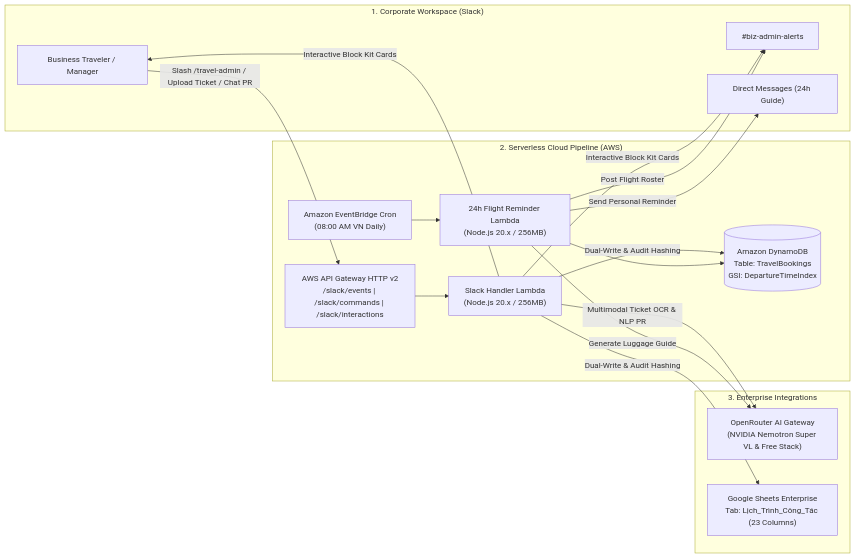
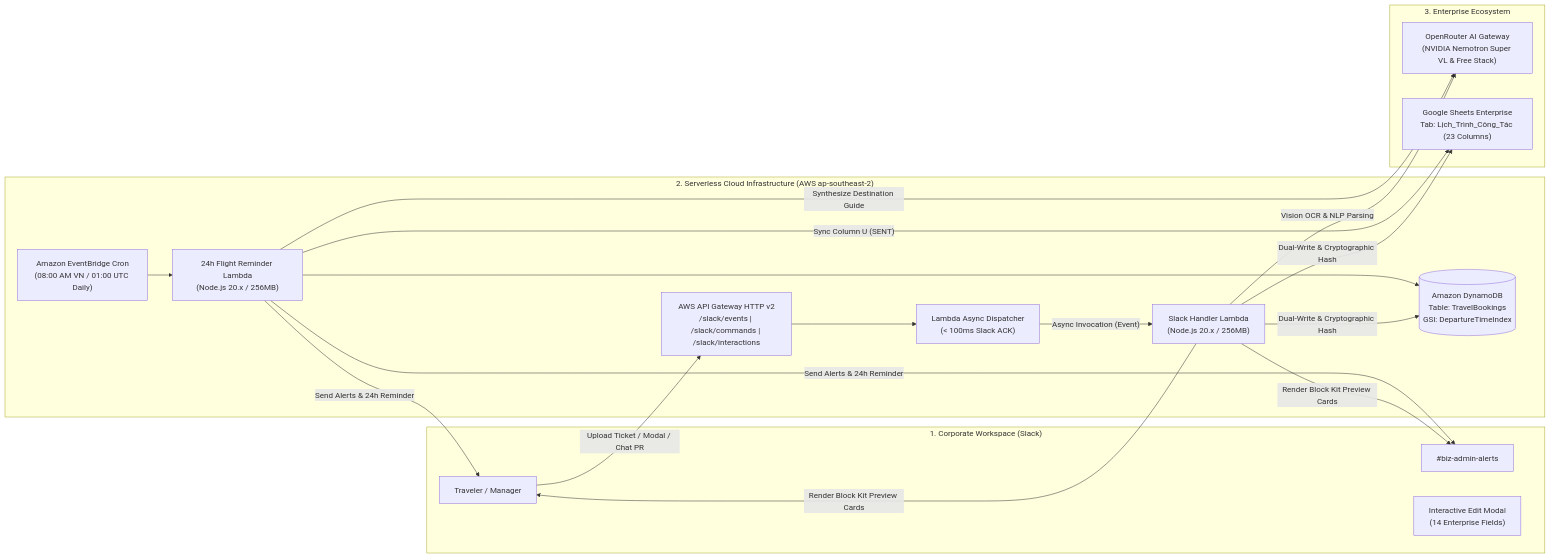
Before and after one commit to HaoTrieuQuoc/Smart-Travel-Assistant: the first of 3 diagrams in README.md, drawn with Mermaid. The commit also changed other lines of this file, not shown here.

Commit message:
docs: restructure README following SBW-Cloudworks standard with Problem, Solution, Workflow, AWS Responsibilities, Security, and Cost sections

````diff
--- a/README.md
+++ b/README.md
@@ -9,32 +16,34 @@
 ```mermaid
 flowchart LR
-    subgraph Slack_Workspace["1. Corporate Workspace (Slack)"]
-        User["Business Traveler / Manager"]
+    subgraph Client_Workspace["1. Corporate Workspace (Slack)"]
+        User["Traveler / Manager"]
         AdminChan["#biz-admin-alerts"]
-        DM["Direct Messages (24h Guide)"]
+        SlackModal["Interactive Edit Modal\n(14 Enterprise Fields)"]
     end
 
-    subgraph AWS_Cloud["2. Serverless Cloud Pipeline (AWS)"]
+    subgraph AWS_Cloud["2. Serverless Cloud Infrastructure (AWS ap-southeast-2)"]
         APIGW["AWS API Gateway HTTP v2\n/slack/events | /slack/commands | /slack/interactions"]
+        AsyncDispatcher["Lambda Async Dispatcher\n(< 100ms Slack ACK)"]
         SlackLambda["Slack Handler Lambda\n(Node.js 20.x / 256MB)"]
         ReminderLambda["24h Flight Reminder Lambda\n(Node.js 20.x / 256MB)"]
-        EventBridge["Amazon EventBridge Cron\n(08:00 AM VN Daily)"]
+        EventBridge["Amazon EventBridge Cron\n(08:00 AM VN / 01:00 UTC Daily)"]
         DDB[("Amazon DynamoDB\nTable: TravelBookings\nGSI: DepartureTimeIndex")]
     end
 
-    subgraph External_Ecosystem["3. Enterprise Integrations"]
+    subgraph External_Ecosystem["3. Enterprise Ecosystem"]
         OpenRouter["OpenRouter AI Gateway\n(NVIDIA Nemotron Super VL & Free Stack)"]
         GSheets["Google Sheets Enterprise\nTab: Lịch_Trình_Công_Tác (23 Columns)"]
     end
 
-    User -- "Slash /travel-admin / Upload Ticket / Chat PR" --> APIGW
-    APIGW --> SlackLambda
-    SlackLambda -- "Multimodal Ticket OCR & NLP PR" --> OpenRouter
-    SlackLambda -- "Dual-Write & Audit Hashing" --> DDB & GSheets
-    SlackLambda -- "Interactive Block Kit Cards" --> User & AdminChan
+    User -- "Upload Ticket / Modal / Chat PR" --> APIGW
+    APIGW --> AsyncDispatcher
+    AsyncDispatcher -- "Async Invocation (Event)" --> SlackLambda
+    SlackLambda -- "Vision OCR & NLP Parsing" --> OpenRouter
+    SlackLambda -- "Dual-Write & Cryptographic Hash" --> DDB & GSheets
+    SlackLambda -- "Render Block Kit Preview Cards" --> User & AdminChan
     EventBridge --> ReminderLambda
     ReminderLambda --> DDB
-    ReminderLambda -- "Generate Luggage Guide" --> OpenRouter
-    ReminderLambda -- "Send Personal Reminder" --> DM
-    ReminderLambda -- "Post Flight Roster" --> AdminChan
+    ReminderLambda -- "Synthesize Destination Guide" --> OpenRouter
+    ReminderLambda -- "Send Alerts & 24h Reminder" --> AdminChan & User
+    ReminderLambda -- "Sync Column U (SENT)" --> GSheets
 ```
````
